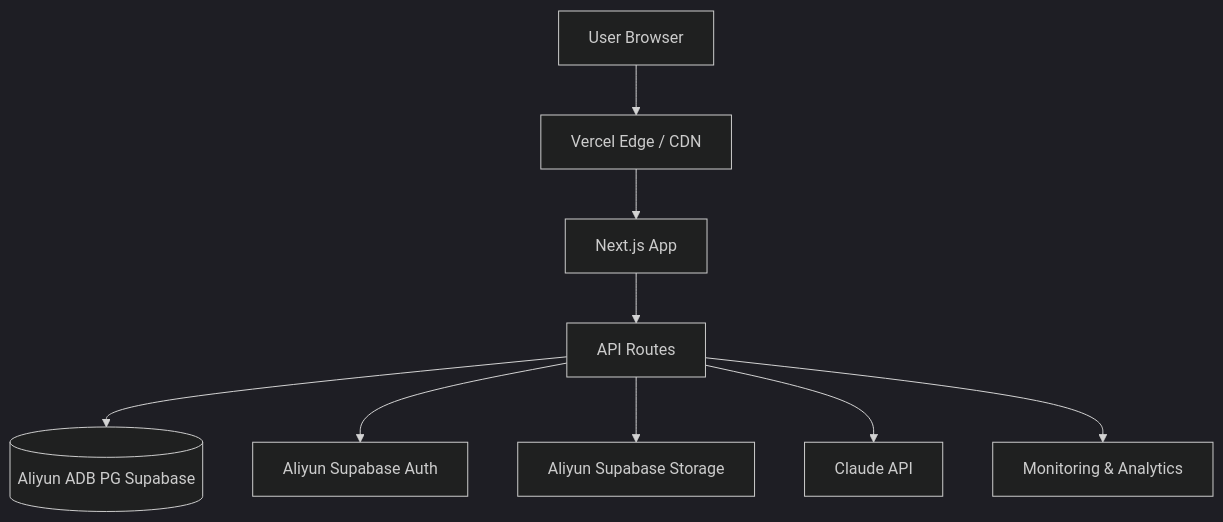
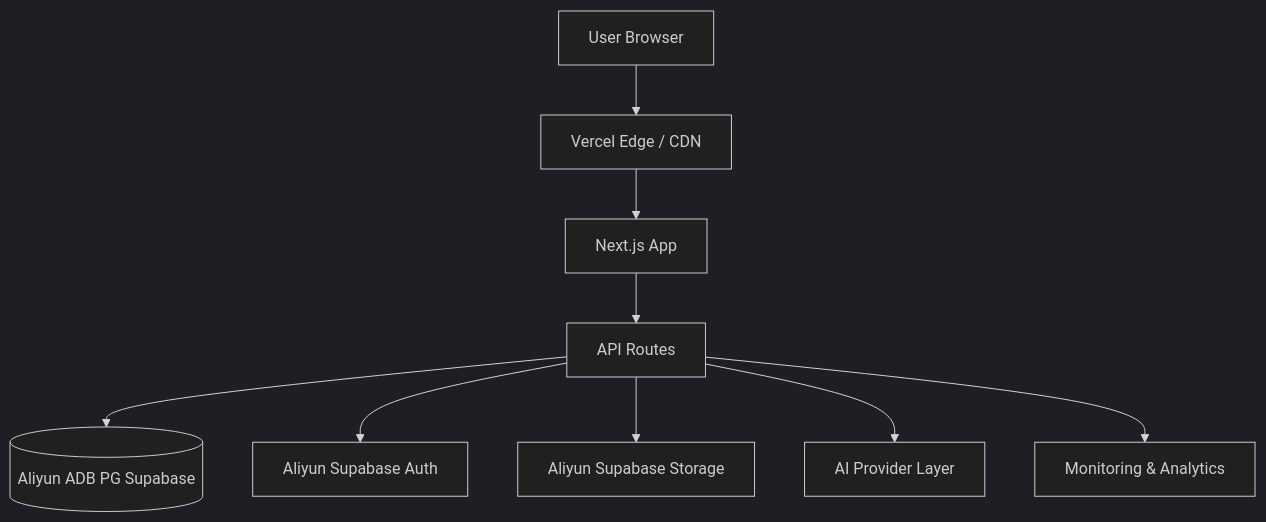
One commit to ChengZhuo2025/codetutor changed the sixth of 6 diagrams in docs/plans/2026-03-23-ai-coding-tutor-technical-architecture.md. Above: the diagram before and after it, drawn with Mermaid (dark theme). The commit also changed other lines of this file and 5 other files, not shown here.

````diff
--- a/docs/plans/2026-03-23-ai-coding-tutor-technical-architecture.md
+++ b/docs/plans/2026-03-23-ai-coding-tutor-technical-architecture.md
@@ -796,11 +792,11 @@
 ```mermaid
 flowchart TB
     USER[User Browser] --> CDN[Vercel Edge / CDN]
     CDN --> APP[Next.js App]
     APP --> API[API Routes]
     API --> DB[(Aliyun ADB PG Supabase)]
     API --> AUTH[Aliyun Supabase Auth]
     API --> STORAGE[Aliyun Supabase Storage]
-    API --> CLAUDE[Claude API]
+    API --> AIPROVIDER[AI Provider Layer]
     API --> MON[Monitoring & Analytics]
 ```
````
